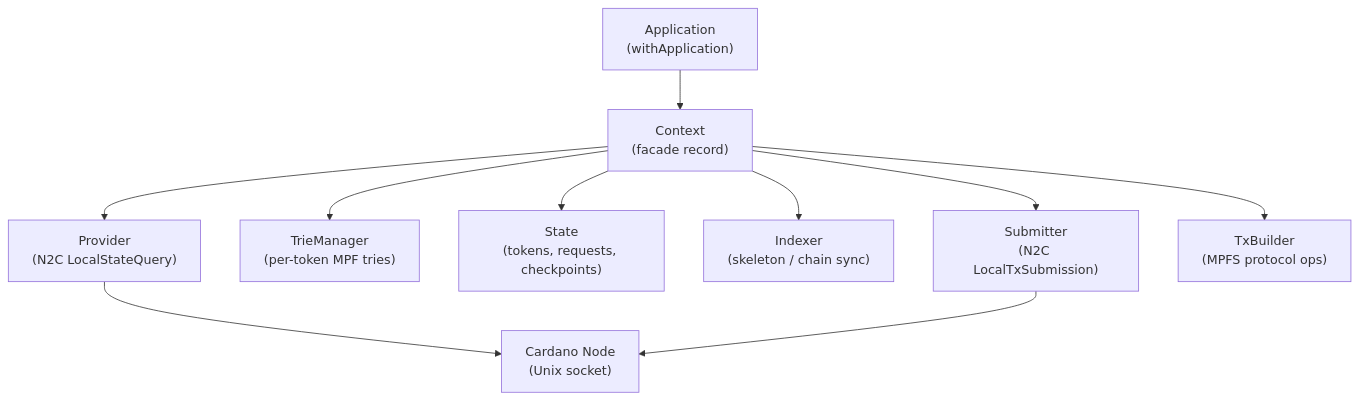
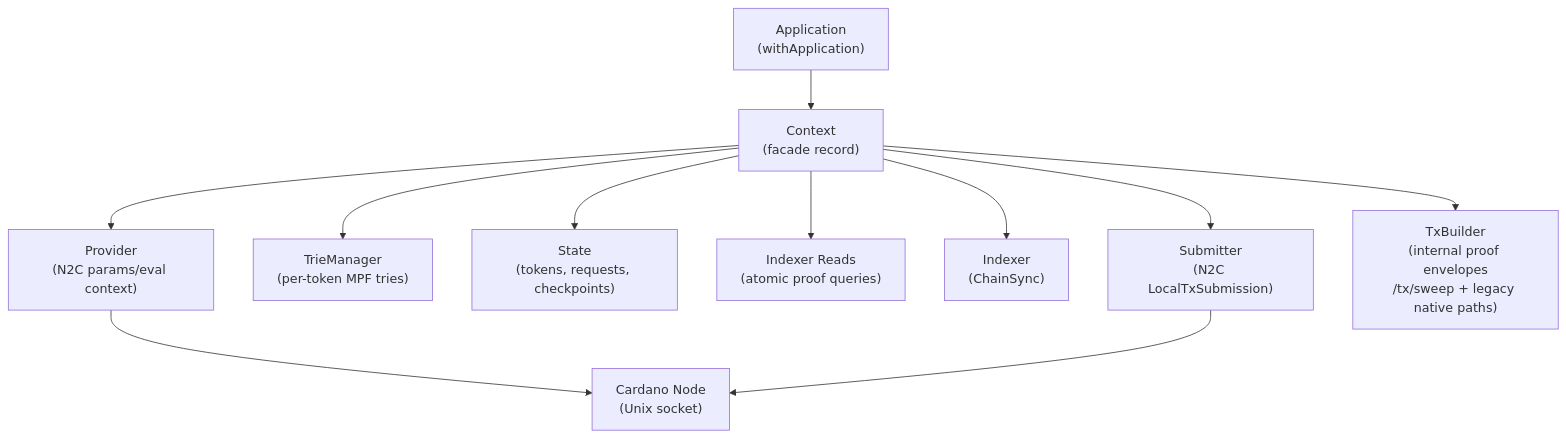
Before and after one commit to lambdasistemi/cardano-mpfs-offchain: the second of 5 diagrams in docs/architecture/overview.md, drawn with Mermaid. The commit also changed other lines of this file and 9 other files, not shown here.

````diff
--- a/docs/architecture/overview.md
+++ b/docs/architecture/overview.md
@@ -43,22 +60,24 @@
 ```mermaid
 graph TD
     APP["Application<br/>(withApplication)"]
     CTX["Context<br/>(facade record)"]
-    PRV["Provider<br/>(N2C LocalStateQuery)"]
+    PRV["Provider<br/>(N2C params/eval context)"]
     TM["TrieManager<br/>(per-token MPF tries)"]
     ST["State<br/>(tokens, requests, checkpoints)"]
-    IDX["Indexer<br/>(skeleton / chain sync)"]
+    READS["Indexer Reads<br/>(atomic proof queries)"]
+    IDX["Indexer<br/>(ChainSync)"]
     SUB["Submitter<br/>(N2C LocalTxSubmission)"]
-    TXB["TxBuilder<br/>(MPFS protocol ops)"]
+    TXB["TxBuilder<br/>(internal proof envelopes<br/>/tx/sweep + legacy native paths)"]
     NODE["Cardano Node<br/>(Unix socket)"]
 
     APP --> CTX
     CTX --> PRV
     CTX --> TM
     CTX --> ST
+    CTX --> READS
     CTX --> IDX
     CTX --> SUB
     CTX --> TXB
     PRV --> NODE
     SUB --> NODE
 ```
````
